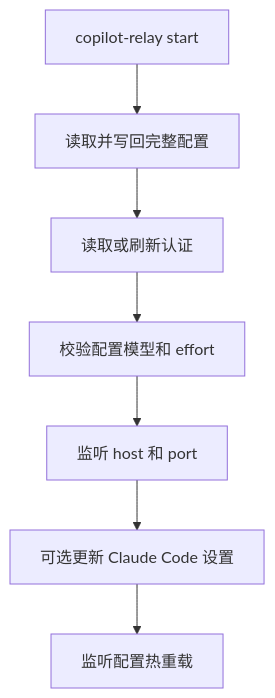
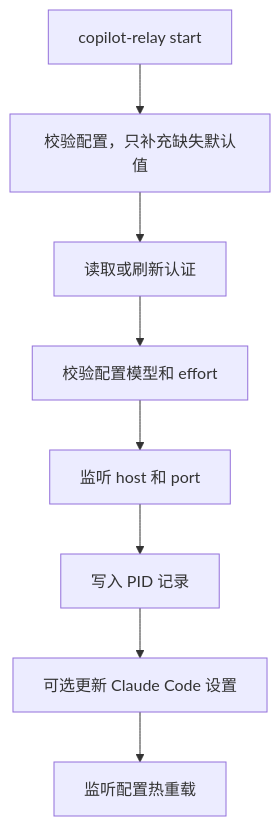
Before and after one commit to D0n9X1n/copilot-relay: the third of 3 diagrams in wiki/ZH-How-It-Works.md, drawn with Mermaid. The commit also changed other lines of this file and 88 other files, not shown here.

````diff
--- a/wiki/ZH-How-It-Works.md
+++ b/wiki/ZH-How-It-Works.md
@@ -32,9 +54,10 @@
 ```mermaid
 flowchart TD
-    A[copilot-relay start] --> B[读取并写回完整配置]
+    A[copilot-relay start] --> B[校验配置，只补充缺失默认值]
     B --> C[读取或刷新认证]
     C --> D[校验配置模型和 effort]
     D --> E[监听 host 和 port]
-    E --> F[可选更新 Claude Code 设置]
-    F --> G[监听配置热重载]
+    E --> F[写入 PID 记录]
+    F --> G[可选更新 Claude Code 设置]
+    G --> H[监听配置热重载]
 ```
````
